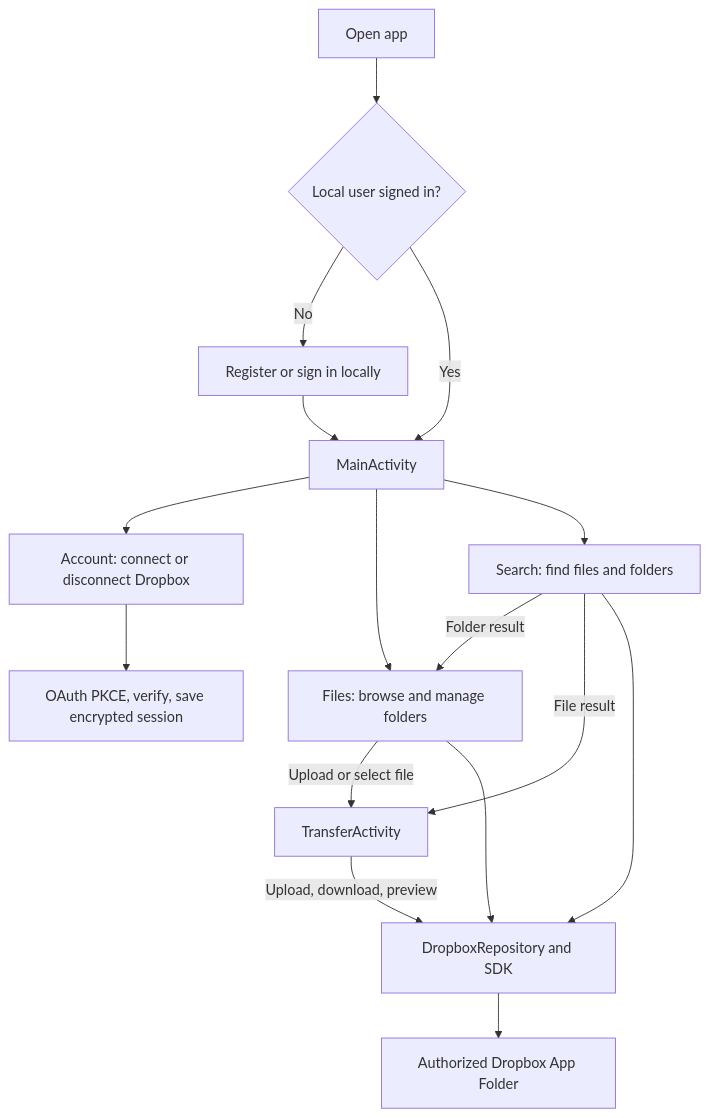
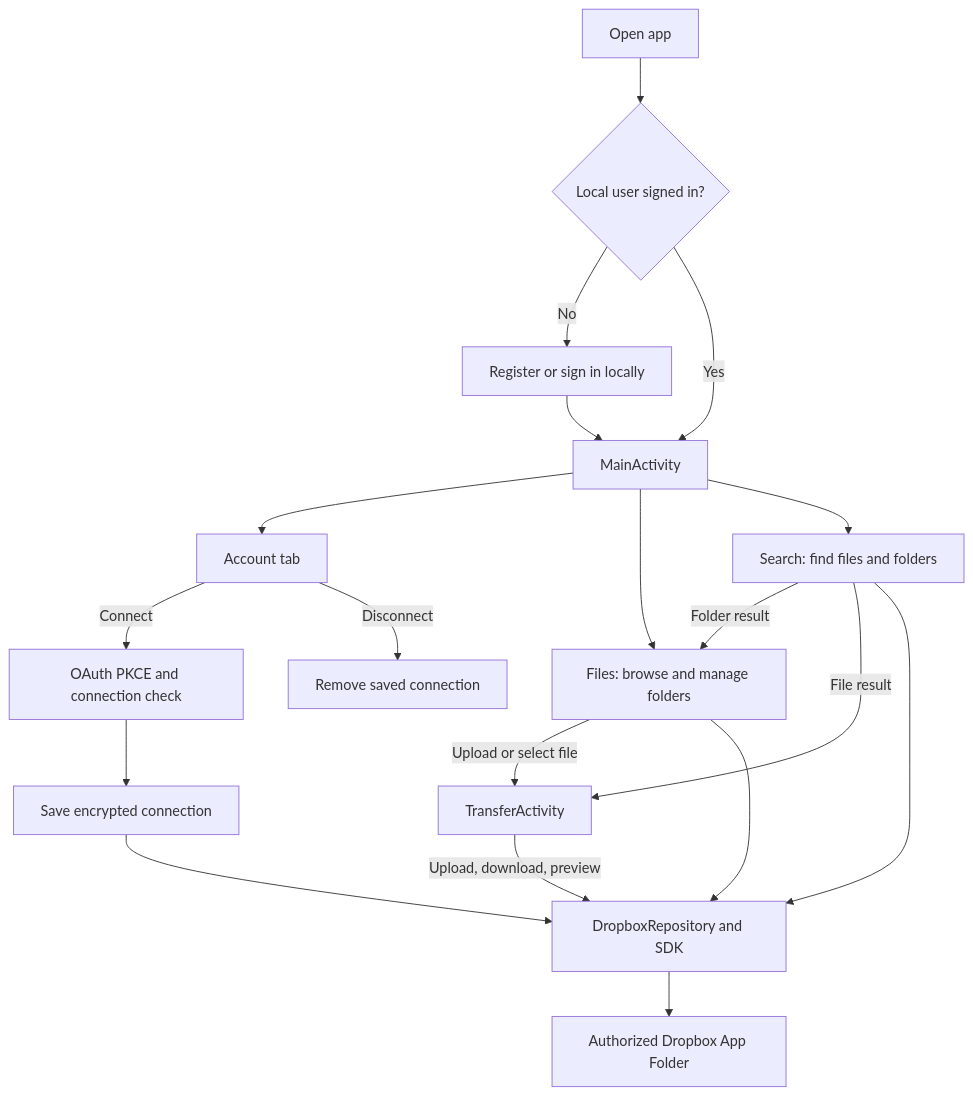
One commit to NamICT135/Dropbox-Client-Android changed the diagram in README.md. Above: the diagram before and after it, drawn with Mermaid. The commit also changed other lines of this file and 4 other files, not shown here.

Commit message:
Polish Dropbox project copy and correct workflow diagram

````diff
--- a/README.md
+++ b/README.md
@@ -24,18 +24,21 @@
 ```mermaid
 flowchart TD
     A["Open app"] --> B{"Local user signed in?"}
     B -- No --> C["Register or sign in locally"]
     B -- Yes --> D["MainActivity"]
     C --> D
-    D --> E["Account: connect or disconnect Dropbox"]
-    E --> F["OAuth PKCE, verify, save encrypted session"]
+    D --> E["Account tab"]
+    E -- Connect --> F["OAuth PKCE and connection check"]
+    F --> S["Save encrypted connection"]
+    E -- Disconnect --> X["Remove saved connection"]
     D --> G["Files: browse and manage folders"]
     D --> H["Search: find files and folders"]
     H -- Folder result --> G
     H -- File result --> I["TransferActivity"]
     G -- Upload or select file --> I
-    G --> J["DropboxRepository and SDK"]
+    S --> J["DropboxRepository and SDK"]
+    G --> J
     H --> J
     I -- Upload, download, preview --> J
     J --> K["Authorized Dropbox App Folder"]
 ```
````
